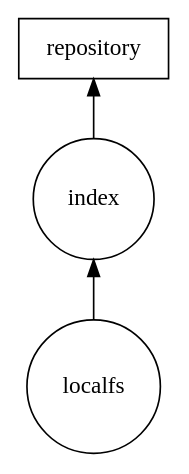
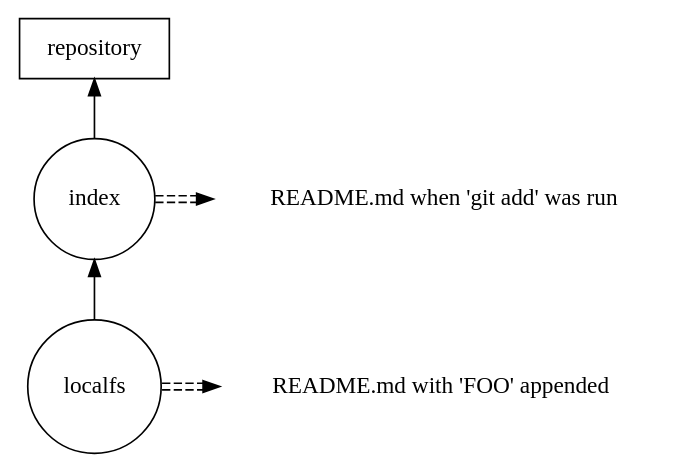
One commit to AaronDMarasco/git4svn changed the diagram in src/repo_index.gv. Above: the diagram before and after it, drawn with Graphviz. The commit also changed 1 other file, not shown here.

```diff
--- a/src/repo_index.gv
+++ b/src/repo_index.gv
@@ -1,7 +1,14 @@
 digraph "repo_index" {
   rankdir=BT;
   node [shape = polygon, size = 5]; repository
   node [shape = circle];
   localfs -> index
   index -> repository
+  node [shape=none];
+  file1 [label="README.md when 'git add' was run"]
+  file2 [label="README.md with 'FOO' appended"]
+  index -> file1  [style=dashed, minlen=2, color="black:invis:black"];
+  localfs -> file2  [style=dashed, minlen=2, color="black:invis:black"];
+  {rank=same; file1; index}
+  {rank=same; file2; localfs}
 }
```
